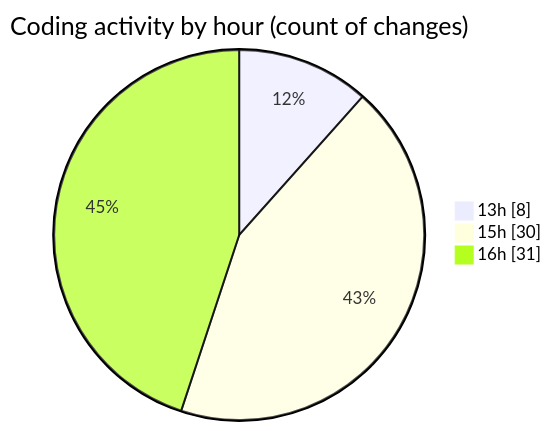
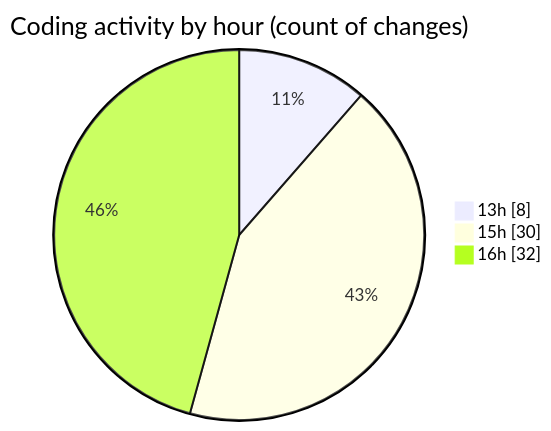
Before and after one commit to nxtqubesakshisongat/code-tracking: the second of 2 diagrams in 2025-04-08/nxtqube_webapp/README.md, drawn with Mermaid. The commit also changed other lines of this file and 1 other file, not shown here.

````diff
--- a/2025-04-08/nxtqube_webapp/README.md
+++ b/2025-04-08/nxtqube_webapp/README.md
@@ -30,7 +30,7 @@
 ```mermaid
 pie showData
 title Coding activity by hour (count of changes)
 "13h" : 8
 "15h" : 30
-"16h" : 31
+"16h" : 32
 ```
````
